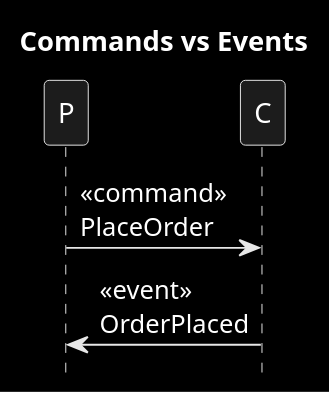
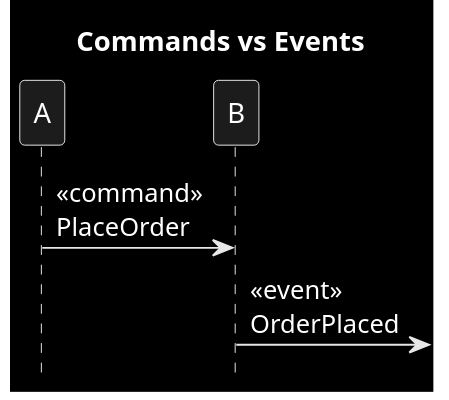
One commit to victorrentea/kafka changed the diagram in patterns/0_commands_vs_events.puml. Above: the diagram before and after it, drawn with PlantUML. The commit also changed 47 other files, not shown here.

```diff
--- a/patterns/0_commands_vs_events.puml
+++ b/patterns/0_commands_vs_events.puml
@@ -1,8 +1,8 @@
 @startuml
 title Commands vs Events
 hide footbox
 skinparam monochrome reverse
 
-P->C: <<command>>\nPlaceOrder
-P<-C: <<event>>\nOrderPlaced
+A->B: <<command>>\nPlaceOrder
+B->: <<event>>\nOrderPlaced
 @enduml
```
